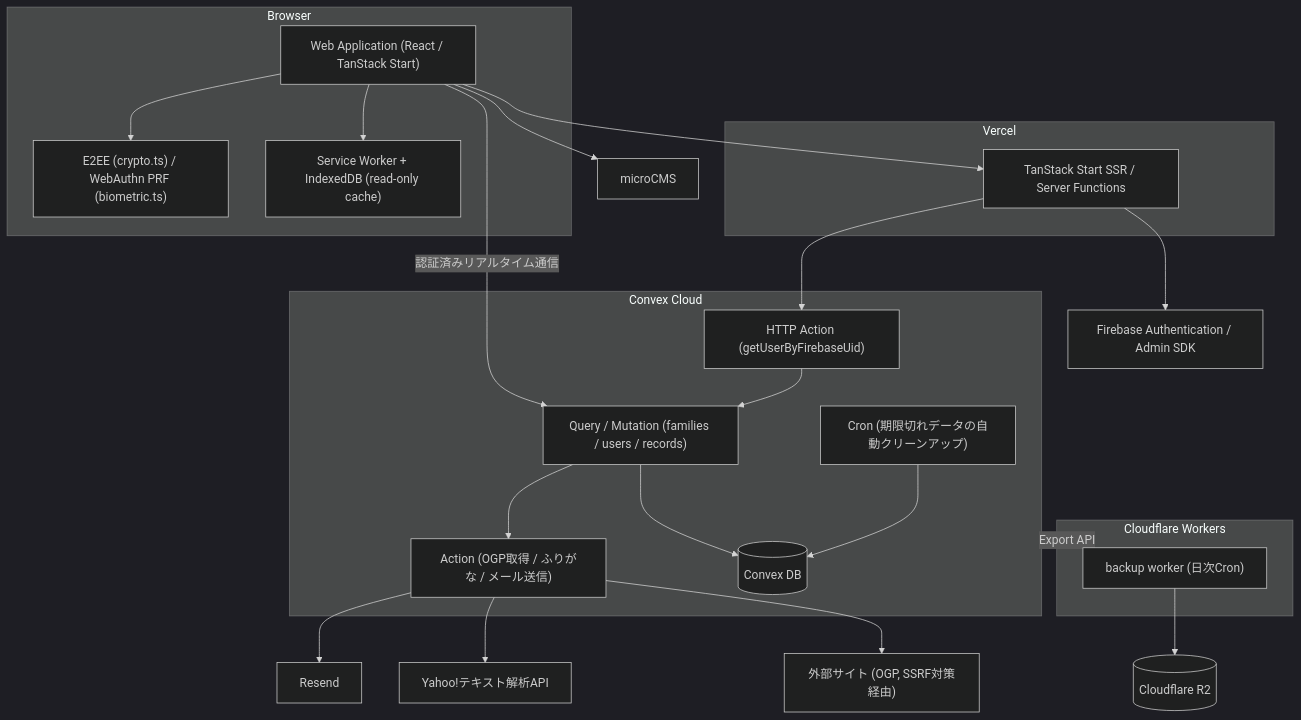
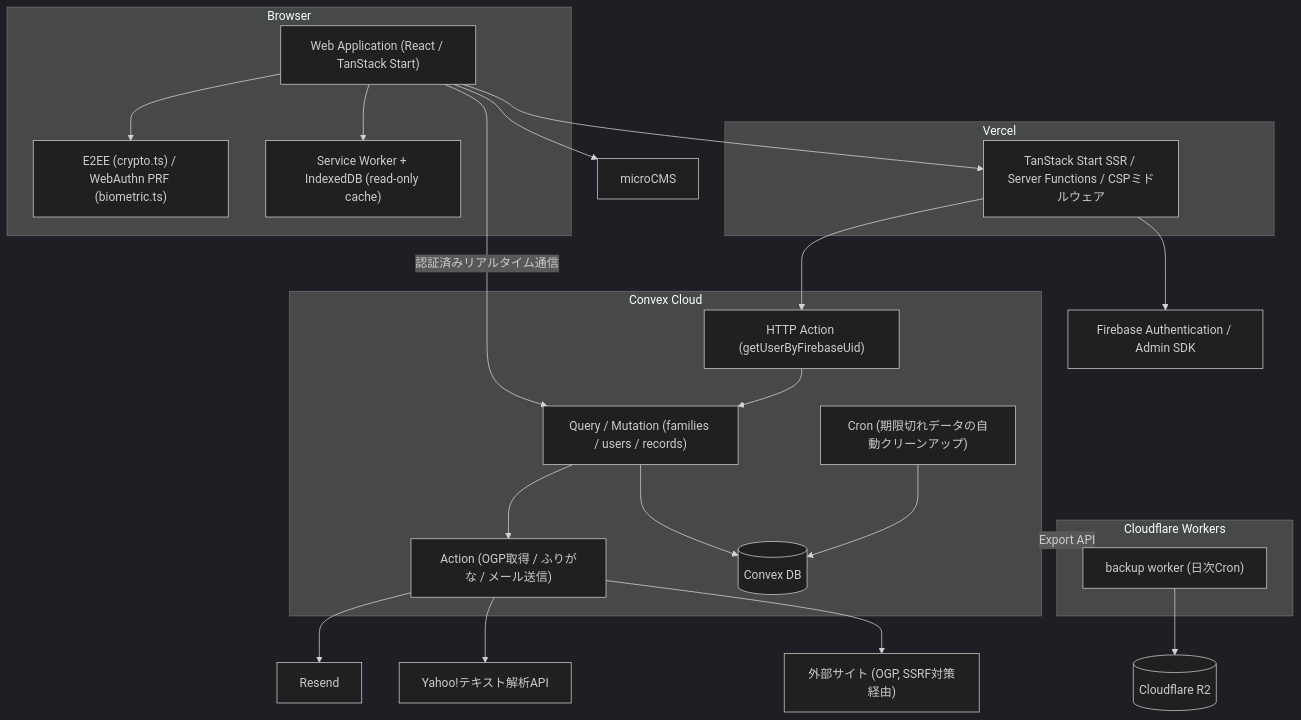
Before and after one commit to luthpg/poohma: the diagram in .docs/architecture.md, drawn with Mermaid (dark theme). The commit also changed other lines of this file and 9 other files, not shown here.

````diff
--- a/.docs/architecture.md
+++ b/.docs/architecture.md
@@ -54,48 +64,48 @@
 ```mermaid
 flowchart TB
     subgraph Client["Browser"]
         WebApp["Web Application (React / TanStack Start)"]
         Crypto["E2EE (crypto.ts) / WebAuthn PRF (biometric.ts)"]
         IDB["Service Worker + IndexedDB (read-only cache)"]
     end
 
     subgraph VercelHost["Vercel"]
-        SSR["TanStack Start SSR / Server Functions"]
+        SSR["TanStack Start SSR / Server Functions / CSPミドルウェア"]
     end
 
     subgraph ConvexCloud["Convex Cloud"]
         Fn["Query / Mutation (families / users / records)"]
         Action["Action (OGP取得 / ふりがな / メール送信)"]
         Http["HTTP Action (getUserByFirebaseUid)"]
         Cron["Cron (期限切れデータの自動クリーンアップ)"]
         DB[("Convex DB")]
     end
 
     subgraph CFWorker["Cloudflare Workers"]
         Backup["backup worker (日次Cron)"]
     end
 
     Firebase["Firebase Authentication / Admin SDK"]
     Resend["Resend"]
     MicroCMS["microCMS"]
     Yahoo["Yahoo!テキスト解析API"]
     ExtSite["外部サイト (OGP, SSRF対策経由)"]
     R2[("Cloudflare R2")]
 
     WebApp --> Crypto
     WebApp --> IDB
     WebApp --> SSR
     SSR --> Firebase
     WebApp -->|認証済みリアルタイム通信| Fn
     Fn --> DB
     Fn --> Action
     Action --> Resend
     Action --> Yahoo
     Action --> ExtSite
     SSR --> Http
     Http --> Fn
     Cron --> DB
     ConvexCloud -.Export API.-> Backup
     Backup --> R2
     WebApp --> MicroCMS
 ```
````
